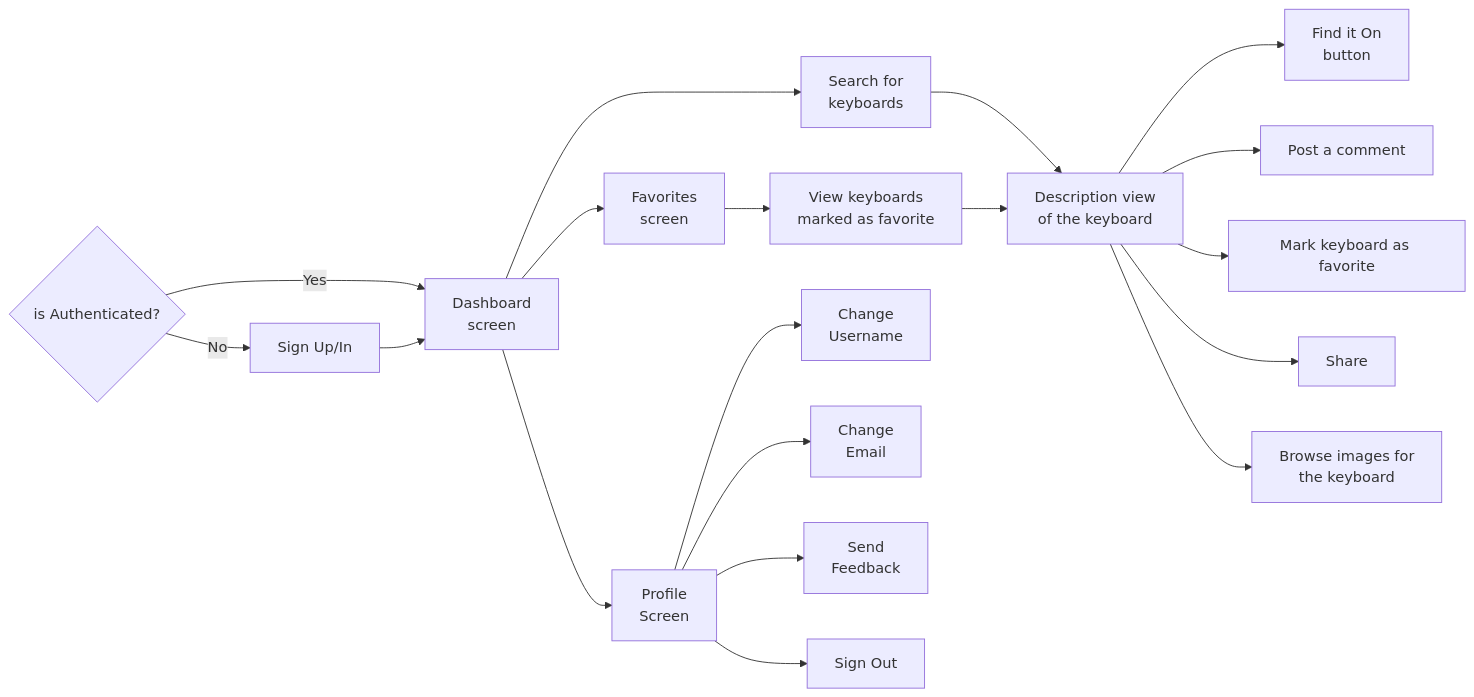
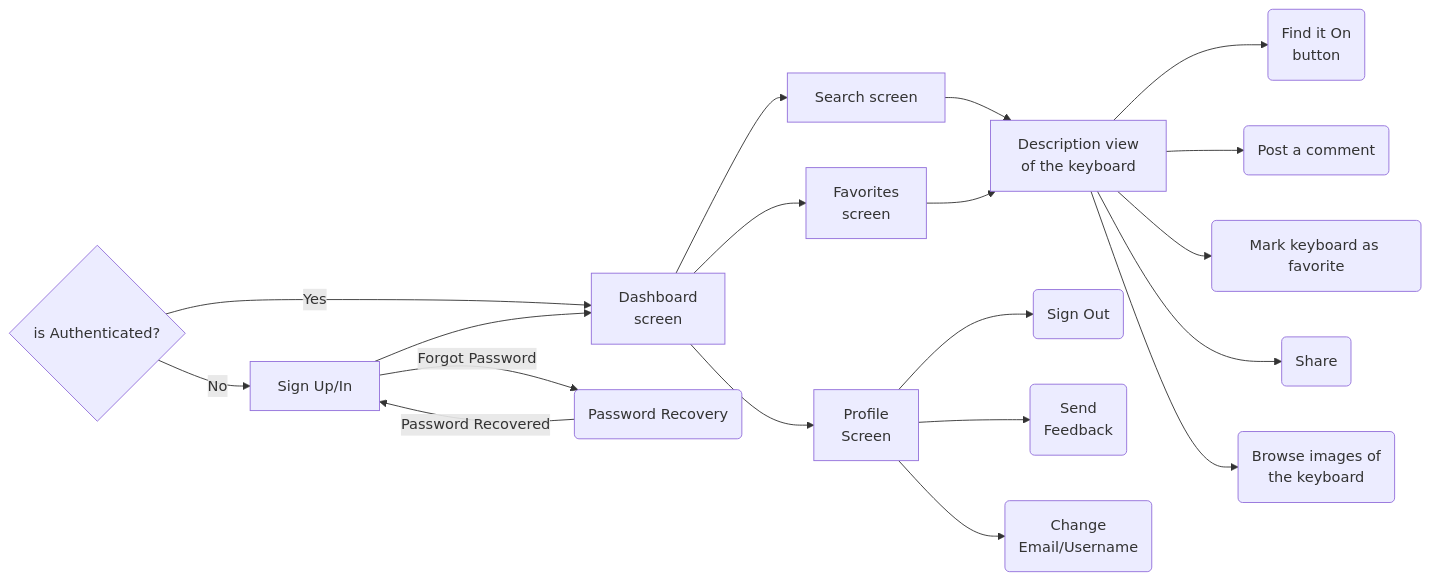
One commit to Vlastrix/keytastic_backend changed the diagram in docs/flow_of_keytastic/userFlow.md. Above: the diagram before and after it, drawn with Mermaid. The commit also changed other lines of this file, not shown here.

````diff
--- a/docs/flow_of_keytastic/userFlow.md
+++ b/docs/flow_of_keytastic/userFlow.md
@@ -2,22 +2,22 @@
 ```mermaid
 graph LR
     C{is Authenticated?}
     C -->|Yes| D[Dashboard \n screen]
     C -->|No| E[Sign Up/In]
+    E -->|Forgot Password| Y(Password Recovery)
+    Y -->|Password Recovered| E
     E --> D
-    D --> H[Search for \n keyboards]
+    D --> H[Search screen]
     H --> I[Description view \n of the keyboard]
-    I --> F[Find it On \n button]
-    I --> G[Post a comment]
-    I --> A[Mark keyboard as favorite]
-    I --> B[Share]
-    D --> J[Favorites \n screen]
-    J --> K[View keyboards \n marked as favorite]
-    I --> X[Browse images for \n the keyboard]
+    I --> F(Find it On \n button)
+    I --> G(Post a comment)
+    I --> A(Mark keyboard as favorite)
+    I --> B(Share)
+    D --> K[Favorites \n screen]
+    I --> X(Browse images of \n the keyboard)
     K --> I
     D --> P[Profile \n Screen]
-    P --> R[Change \n Username]
-    P --> S[Change \n Email]
-    P --> T[Send \n Feedback]
-    P --> Q[Sign Out]
+    P --> Q(Sign Out)
+    P --> T(Send \n Feedback)
+    P --> R(Change \n Email/Username)
 ```
````
